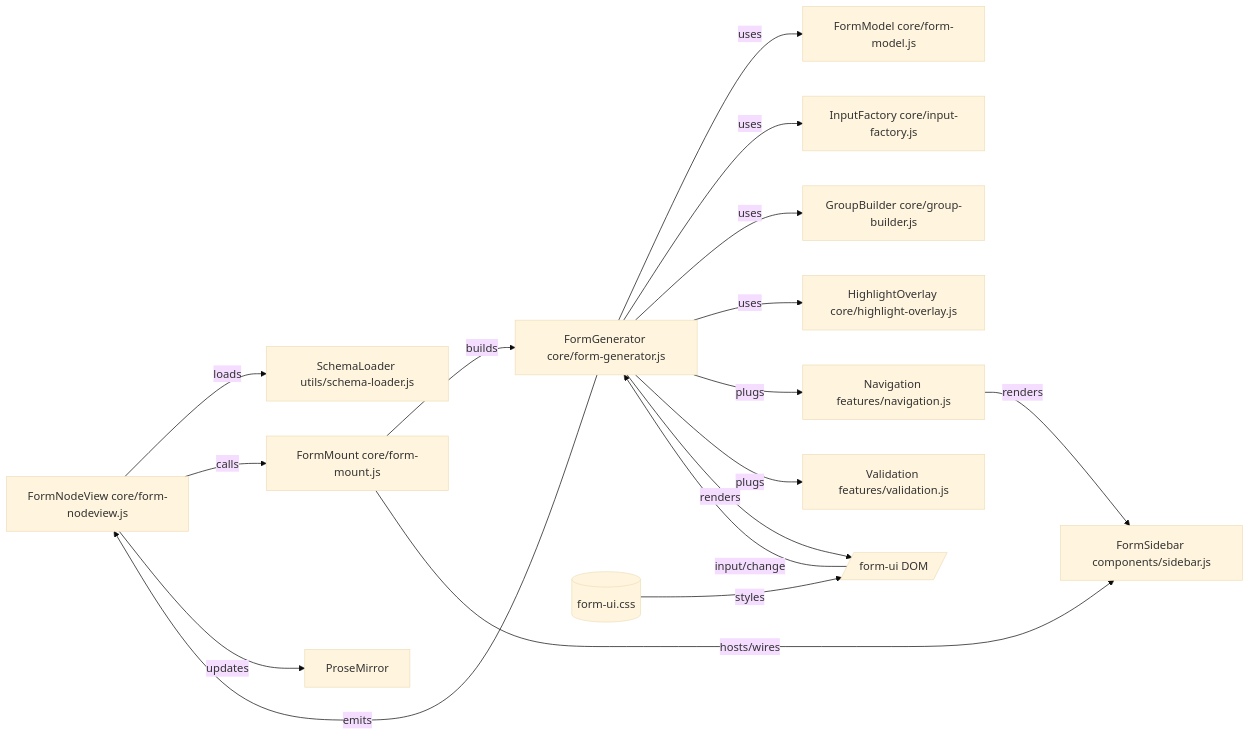
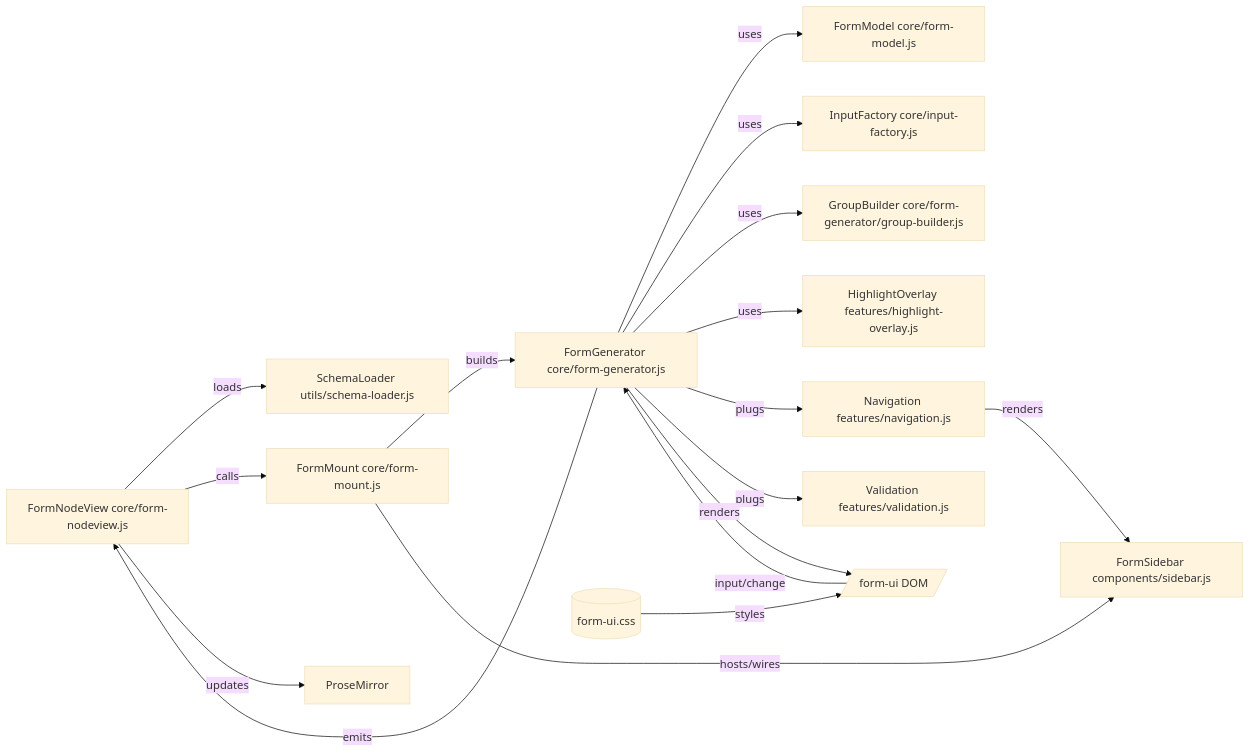
The diagram in tools/forms/libs/form-ui/README.md (kozmaadrian/mhast-demo), drawn with Mermaid (base theme) before and after one commit. The commit also changed other lines of this file and 41 other files, not shown here.

````diff
--- a/tools/forms/libs/form-ui/README.md
+++ b/tools/forms/libs/form-ui/README.md
@@ -7,30 +7,30 @@
 ```mermaid
 flowchart LR
   PM[FormNodeView core/form-nodeview.js]
   MOUNT[FormMount core/form-mount.js]
   FG[FormGenerator core/form-generator.js]
   FM[FormModel core/form-model.js]
   IF[InputFactory core/input-factory.js]
-  GB[GroupBuilder core/group-builder.js]
-  HO[HighlightOverlay core/highlight-overlay.js]
+  GB[GroupBuilder core/form-generator/group-builder.js]
+  HO[HighlightOverlay features/highlight-overlay.js]
   NAV[Navigation features/navigation.js]
   VAL[Validation features/validation.js]
   SB[FormSidebar components/sidebar.js]
   SL[SchemaLoader utils/schema-loader.js]
   CSS[(form-ui.css)]
 
   PM -- loads --> SL
   PM -- calls --> MOUNT
   MOUNT -- builds --> FG
   FG -- uses --> FM
   FG -- uses --> IF
   FG -- uses --> GB
   FG -- uses --> HO
   FG -- plugs --> NAV
   FG -- plugs --> VAL
   MOUNT -- hosts/wires --> SB
   NAV -- renders --> SB
   FG -- renders --> DOM[/form-ui DOM/]
   CSS -- styles --> DOM
   DOM -- input/change --> FG -- emits --> PM -- updates --> ProseMirror
 ```
````
